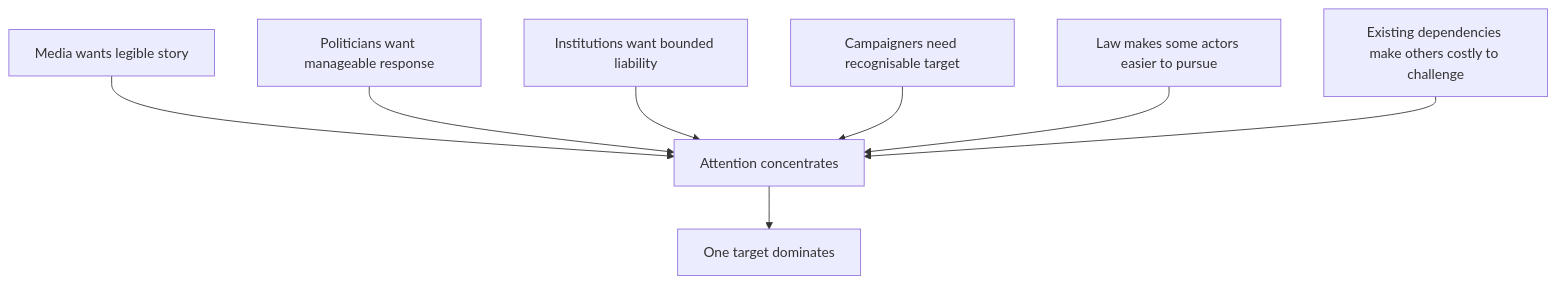
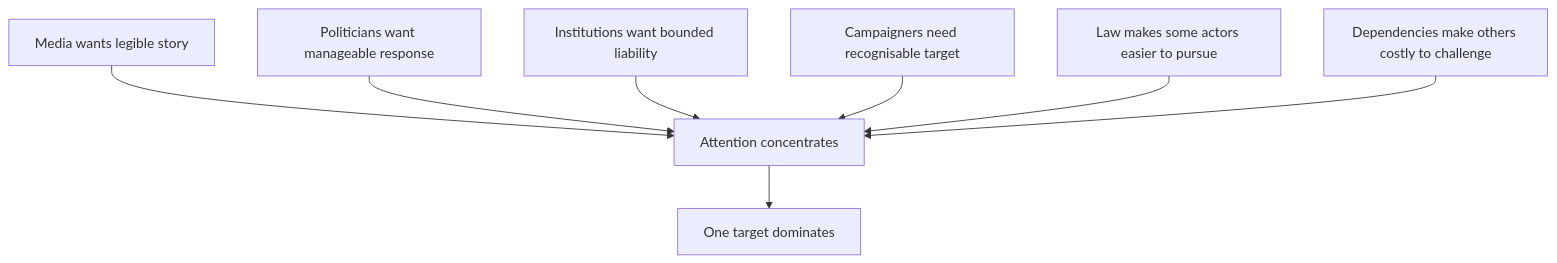
The tenth of 12 diagrams in 🌑_1_Origin_Points/🪿_Embodied_Information_Ecology/♻️_Cybernetics/🌀_absorption_and_selective_sacrifice.md (josefsbreakfast/Polaris-Protocol), drawn with Mermaid before and after one commit. The commit also changed other lines of this file, not shown here.

````diff
--- a/🌑_1_Origin_Points/🪿_Embodied_Information_Ecology/♻️_Cybernetics/🌀_absorption_and_selective_sacrifice.md
+++ b/🌑_1_Origin_Points/🪿_Embodied_Information_Ecology/♻️_Cybernetics/🌀_absorption_and_selective_sacrifice.md
@@ -407,11 +380,11 @@
 ```mermaid
 flowchart TD
     M[Media wants legible story] --> A[Attention concentrates]
     P[Politicians want manageable response] --> A
     I[Institutions want bounded liability] --> A
     C[Campaigners need recognisable target] --> A
     L[Law makes some actors easier to pursue] --> A
-    E[Existing dependencies make others costly to challenge] --> A
+    E[Dependencies make others costly to challenge] --> A
 
     A --> T[One target dominates]
 ```
````
